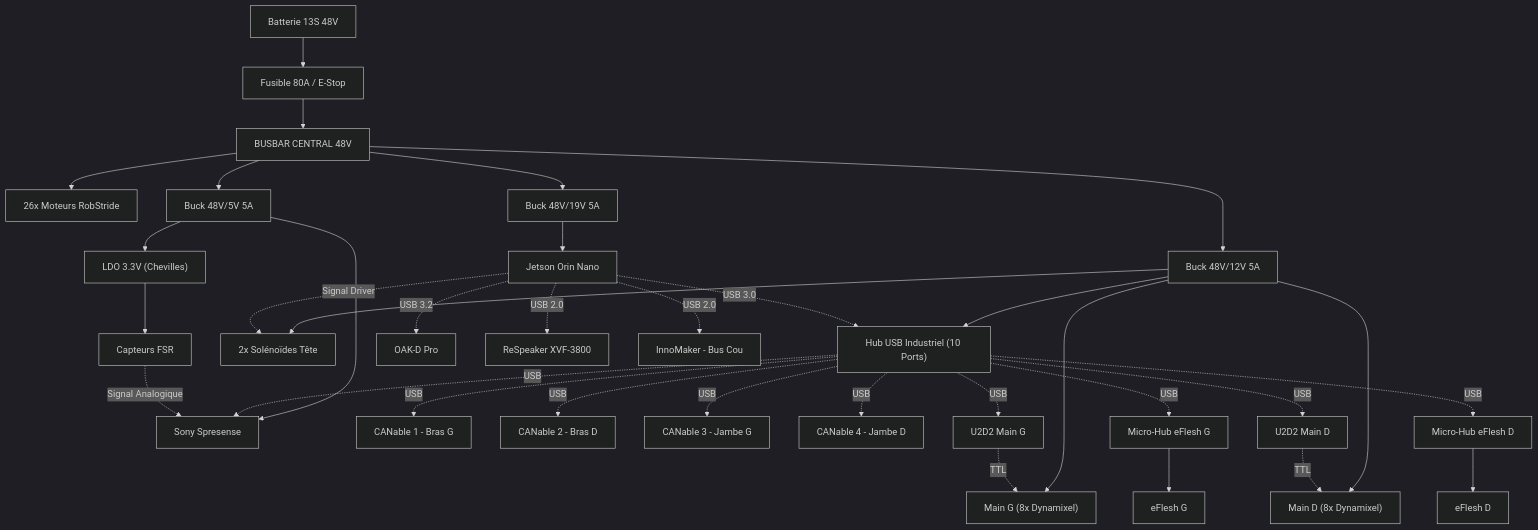
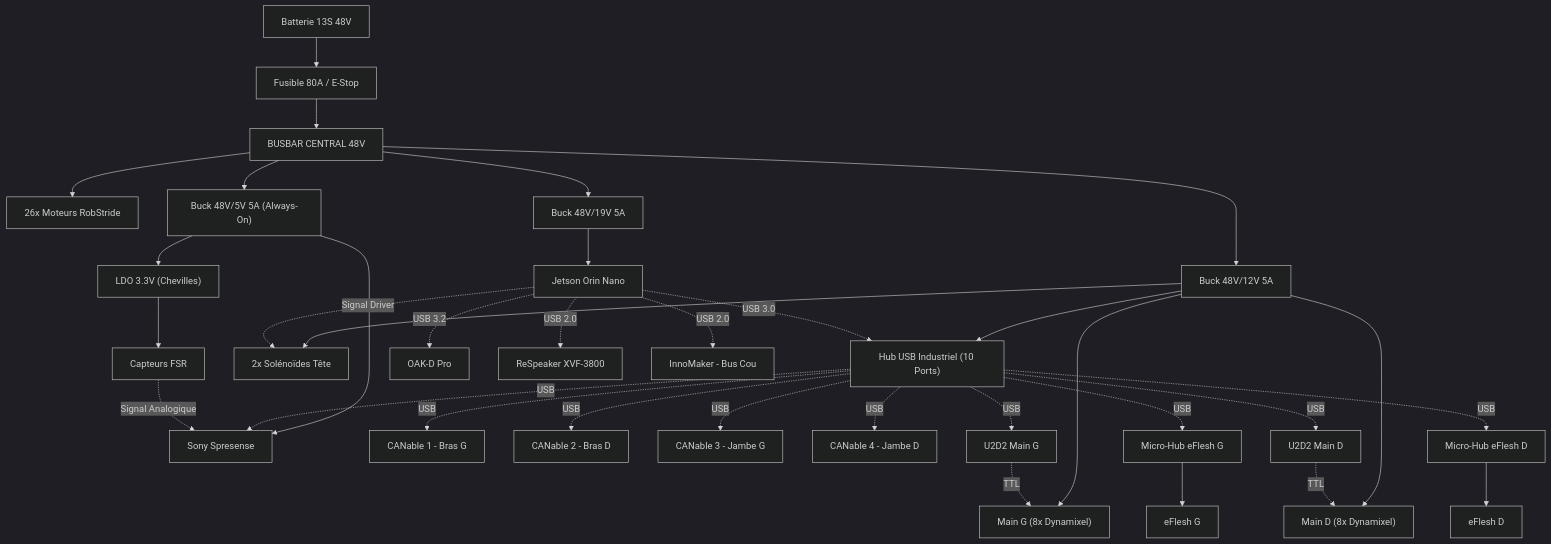
The diagram in 04_Electronique_Cablage.md (d-sergent/dbot-documentation), drawn with Mermaid (dark theme) before and after one commit.

Commit message:
Docs: Étiquetage Buck 5V Always-On dans le schéma global

````diff
--- a/04_Electronique_Cablage.md
+++ b/04_Electronique_Cablage.md
@@ -22,53 +22,53 @@
 ```mermaid
 graph TD
     %% Source Energie
     BAT["Batterie 13S 48V"] --> FUS["Fusible 80A / E-Stop"]
     FUS --> BUSBAR["BUSBAR CENTRAL 48V"]
 
     %% Rails de Puissance
     BUSBAR --> MOT["26x Moteurs RobStride"]
     BUSBAR --> B19["Buck 48V/19V 5A"]
     BUSBAR --> B12["Buck 48V/12V 5A"]
-    BUSBAR --> B05["Buck 48V/5V 5A"]
+    BUSBAR --> B05["Buck 48V/5V 5A (Always-On)"]
 
     %% Distribution 19V
     B19 --> JET["Jetson Orin Nano"]
 
     %% Distribution 12V
     B12 --> HUB["Hub USB Industriel (10 Ports)"]
     B12 --> SOL["2x Solénoïdes Tête"]
     B12 --> DYN_G["Main G (8x Dynamixel)"]
     B12 --> DYN_D["Main D (8x Dynamixel)"]
 
-    %% Distribution 5V (Always-On)
+    %% Distribution 5V
     B05 --> SPR["Sony Spresense"]
 
-    %% Régulations Locales 3.3V (Option B)
+    %% Régulations Locales 3.3V
     B05 --> LDO_P["LDO 3.3V (Chevilles)"]
     LDO_P --> FSR["Capteurs FSR"]
 
     %% Flux Data USB Directs (Jetson)
     JET -. "USB 3.2" .-> OAK["OAK-D Pro"]
     JET -. "USB 2.0" .-> RES["ReSpeaker XVF-3800"]
     JET -. "USB 2.0" .-> INN["InnoMaker - Bus Cou"]
     JET -. "USB 3.0" .-> HUB
 
     %% Flux Data USB via HUB (10 Ports)
     HUB -. "USB" .-> CAN1["CANable 1 - Bras G"]
     HUB -. "USB" .-> CAN2["CANable 2 - Bras D"]
     HUB -. "USB" .-> CAN3["CANable 3 - Jambe G"]
     HUB -. "USB" .-> CAN4["CANable 4 - Jambe D"]
     HUB -. "USB" .-> SPR
     HUB -. "USB" .-> U2D2_G["U2D2 Main G"]
     HUB -. "USB" .-> U2D2_D["U2D2 Main D"]
     HUB -. "USB" .-> ESP_G["Micro-Hub eFlesh G"]
     HUB -. "USB" .-> ESP_D["Micro-Hub eFlesh D"]
 
     %% Signaux & Feedback
     ESP_G --> EFLESH_G["eFlesh G"]
     ESP_D --> EFLESH_D["eFlesh D"]
     U2D2_G -. "TTL" .-> DYN_G
     U2D2_D -. "TTL" .-> DYN_D
     JET -. "Signal Driver" .-> SOL
     FSR -. "Signal Analogique" .-> SPR
 ```
````
